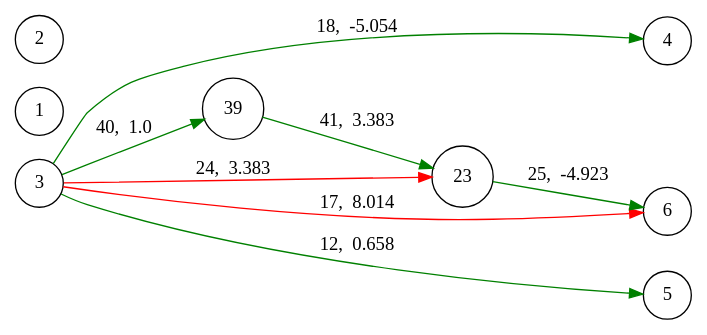
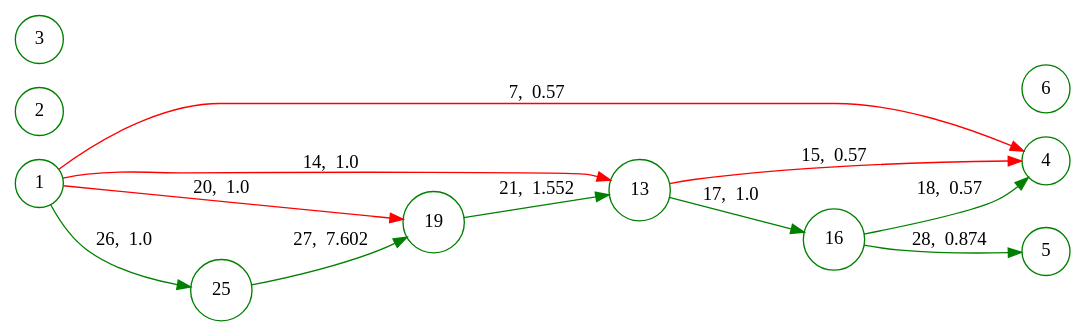
One commit to Rithvik-Reddy-Adapa/NEATJulia changed the diagram in neat_0_5.dot. Above: the diagram before and after it, drawn with Graphviz. The commit also changed 3 other files, not shown here.

```diff
--- a/neat_0_5.dot
+++ b/neat_0_5.dot
@@ -1,15 +1,30 @@
 digraph {
 	rankdir=LR;
 	node [shape=circle];
-	3->6[color=red,label="17,  8.014",penwidth=1.0];
-	3->4[color=green,label="18,  -5.054",penwidth=1.0];
-	3->23[color=red,label="24,  3.383",penwidth=1.0];
-	3->39[color=green,label="40,  1.0",penwidth=1.0];
-	3->5[color=green,label="12,  0.658",penwidth=1.0];
+	1->4[color=red,label="7,  0.57",penwidth=1.0];
+	1->13[color=red,label="14,  1.0",penwidth=1.0];
+	1->19[color=red,label="20,  1.0",penwidth=1.0];
+	1->25[color=green,label="26,  1.0",penwidth=1.0];
+	1 [color=green]
+	2 [color=green]
+	3 [color=green]
 	{rank=same; 1, 2, 3}
-	39->23[color=green,label="41,  3.383",penwidth=1.0];
-	{rank=same; 39}
-	23->6[color=green,label="25,  -4.923",penwidth=1.0];
-	{rank=same; 23}
+	25->19[color=green,label="27,  7.602",penwidth=1.0];
+	25 [color=green]
+	{rank=same; 25}
+	19->13[color=green,label="21,  1.552",penwidth=1.0];
+	19 [color=green]
+	{rank=same; 19}
+	13->4[color=red,label="15,  0.57",penwidth=1.0];
+	13->16[color=green,label="17,  1.0",penwidth=1.0];
+	13 [color=green]
+	{rank=same; 13}
+	16->4[color=green,label="18,  0.57",penwidth=1.0];
+	16->5[color=green,label="28,  0.874",penwidth=1.0];
+	16 [color=green]
+	{rank=same; 16}
+	4 [color=green]
+	5 [color=green]
+	6 [color=green]
 	{rank=same; 4, 5, 6}
 }
```
